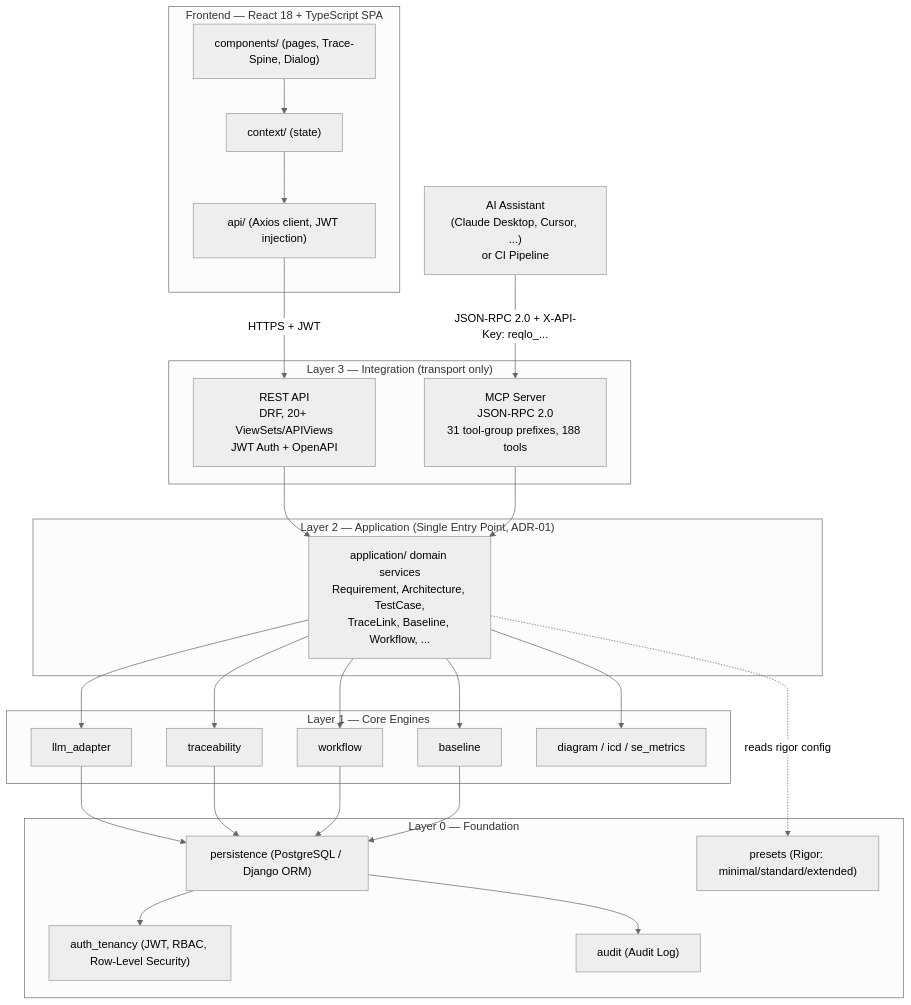
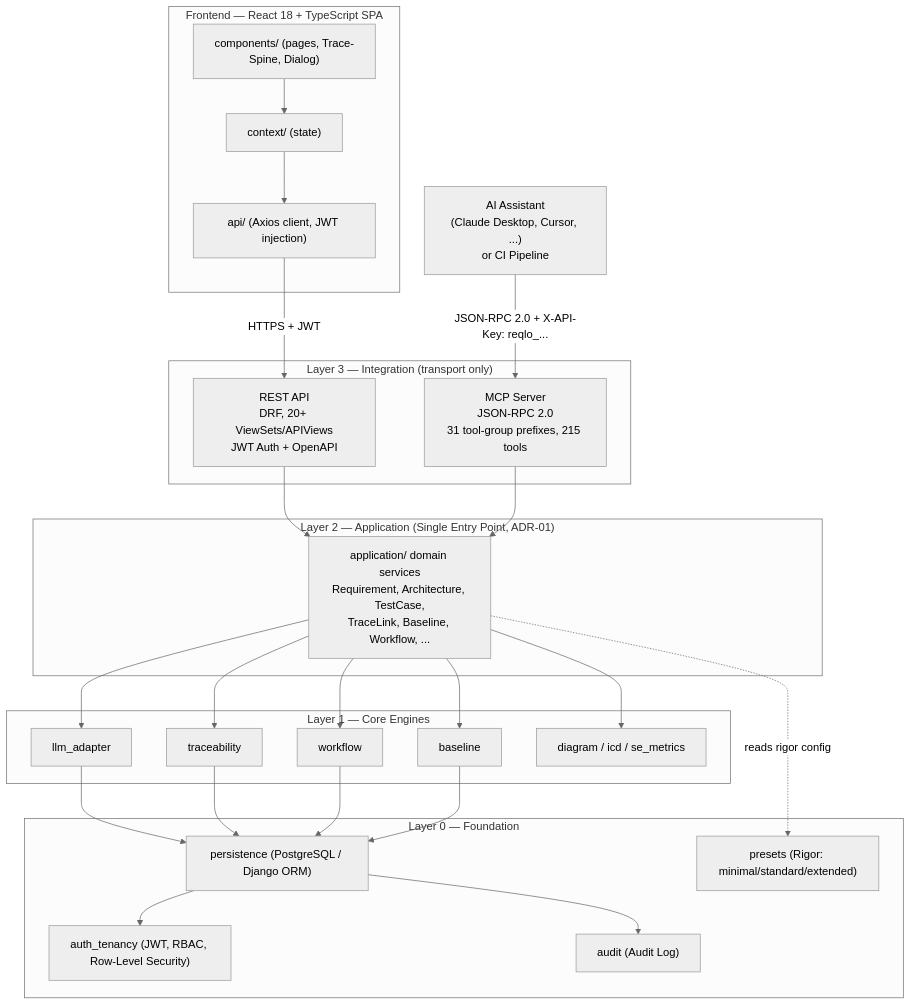
One commit to Popoboxxo/ReqogniLoom changed the first of 3 diagrams in README.md. Above: the diagram before and after it, drawn with Mermaid (neutral theme). The commit also changed other lines of this file and 30 other files, not shown here.

````diff
--- a/README.md
+++ b/README.md
@@ -101,53 +101,53 @@
 ```mermaid
 graph TD
     subgraph FE["Frontend — React 18 + TypeScript SPA"]
         UI["components/ (pages, Trace-Spine, Dialog)"]
         CTX["context/ (state)"]
         APICLIENT["api/ (Axios client, JWT injection)"]
         UI --> CTX --> APICLIENT
     end
 
     EXT["AI Assistant<br/>(Claude Desktop, Cursor, ...)<br/>or CI Pipeline"]
 
     subgraph L3["Layer 3 — Integration (transport only)"]
         REST["REST API<br/>DRF, 20+ ViewSets/APIViews<br/>JWT Auth + OpenAPI"]
-        MCP["MCP Server<br/>JSON-RPC 2.0<br/>31 tool-group prefixes, 188 tools"]
+        MCP["MCP Server<br/>JSON-RPC 2.0<br/>31 tool-group prefixes, 215 tools"]
     end
 
     subgraph L2["Layer 2 — Application (Single Entry Point, ADR-01)"]
         APP["application/ domain services<br/>Requirement, Architecture, TestCase,<br/>TraceLink, Baseline, Workflow, ..."]
     end
 
     subgraph L1["Layer 1 — Core Engines"]
         LLM["llm_adapter"]
         TRACE["traceability"]
         WF["workflow"]
         BASE["baseline"]
         DIAG["diagram / icd / se_metrics"]
     end
 
     subgraph L0["Layer 0 — Foundation"]
         PERSIST["persistence (PostgreSQL / Django ORM)"]
         AUTH["auth_tenancy (JWT, RBAC, Row-Level Security)"]
         PRESET["presets (Rigor: minimal/standard/extended)"]
         AUDIT["audit (Audit Log)"]
     end
 
     APICLIENT -->|"HTTPS + JWT"| REST
     EXT -->|"JSON-RPC 2.0 + X-API-Key: reqlo_..."| MCP
 
     REST --> APP
     MCP --> APP
     APP --> LLM
     APP --> TRACE
     APP --> WF
     APP --> BASE
     APP --> DIAG
     APP -.->|"reads rigor config"| PRESET
     LLM --> PERSIST
     TRACE --> PERSIST
     WF --> PERSIST
     BASE --> PERSIST
     PERSIST --> AUTH
     PERSIST --> AUDIT
 ```
````
